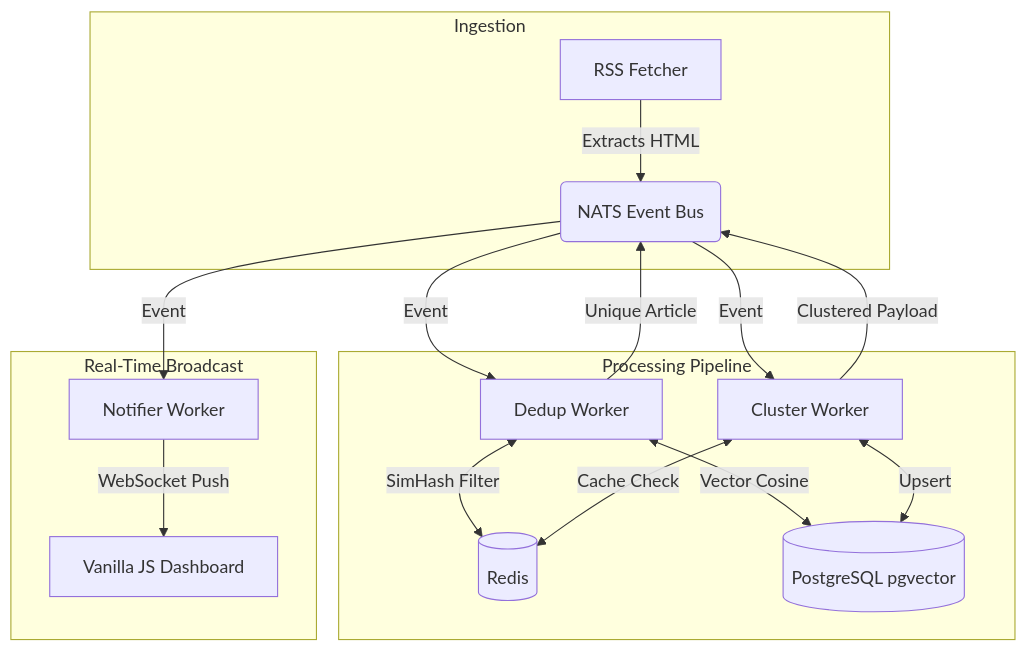
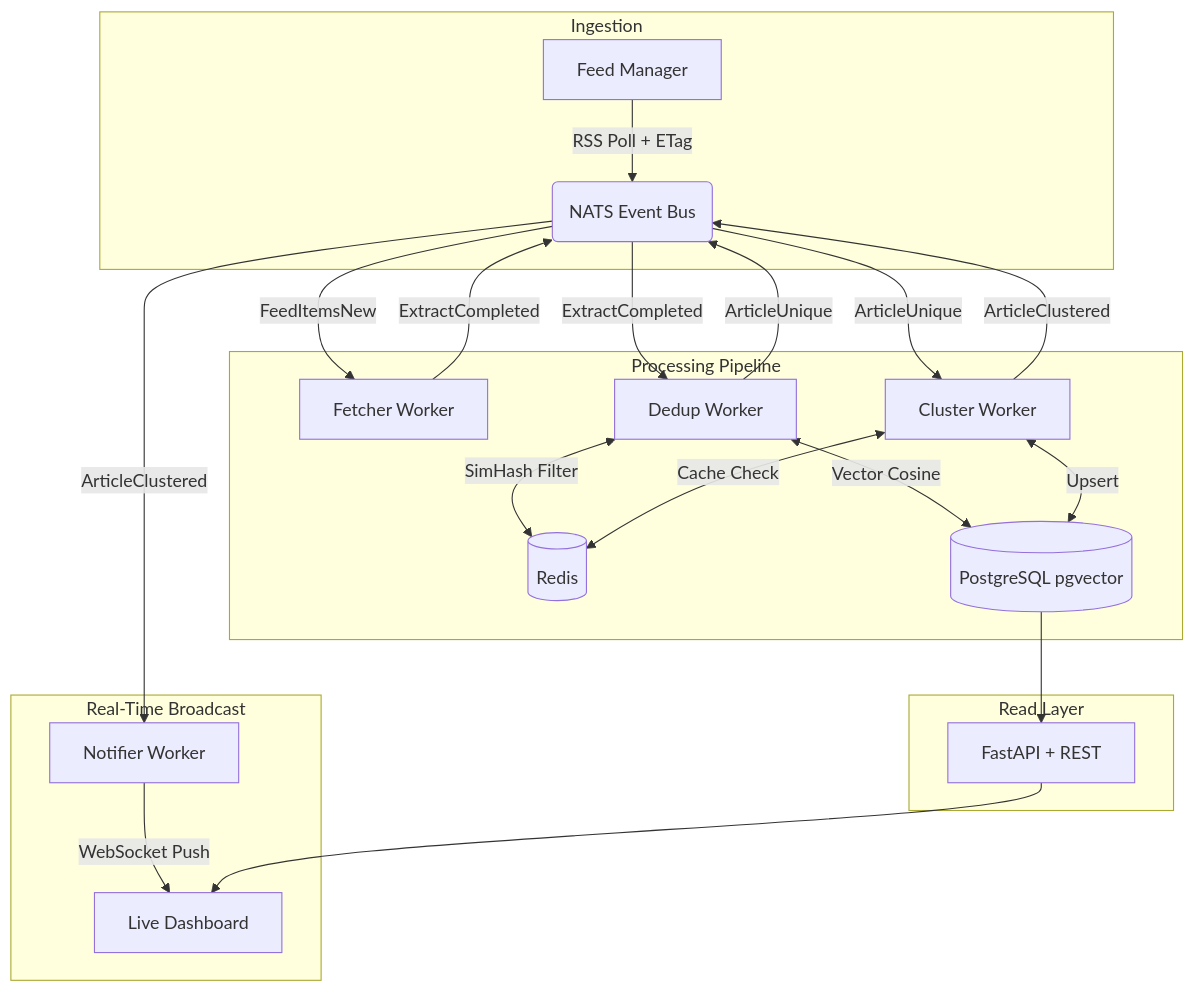
One commit to vvkb24/VyomaCast changed the diagram in README.md. Above: the diagram before and after it, drawn with Mermaid. The commit also changed other lines of this file and 9 other files, not shown here.

Commit message:
feat: real-time WebSocket fixes, cloud UI redesign, and docs update

````diff
--- a/README.md
+++ b/README.md
@@ -19,23 +26,30 @@
 ```mermaid
 flowchart TD
     subgraph Ingestion
-        A[RSS Fetcher] -->|Extracts HTML| B(NATS Event Bus)
+        A[Feed Manager] -->|RSS Poll + ETag| B(NATS Event Bus)
     end
 
     subgraph Processing Pipeline
-        B -->|Event| C[Dedup Worker]
-        C <-->|SimHash Filter| D[(Redis)]
-        C <-->|Vector Cosine| E[(PostgreSQL pgvector)]
-        C -->|Unique Article| B
-        
-        B -->|Event| F[Cluster Worker]
-        F <-->|Cache Check| D
-        F <-->|Upsert| E
-        F -->|Clustered Payload| B
+        B -->|FeedItemsNew| C[Fetcher Worker]
+        C -->|ExtractCompleted| B
+        B -->|ExtractCompleted| D[Dedup Worker]
+        D <-->|SimHash Filter| E[(Redis)]
+        D <-->|Vector Cosine| F[(PostgreSQL pgvector)]
+        D -->|ArticleUnique| B
+
+        B -->|ArticleUnique| G[Cluster Worker]
+        G <-->|Cache Check| E
+        G <-->|Upsert| F
+        G -->|ArticleClustered| B
     end
 
     subgraph Real-Time Broadcast
-        B -->|Event| G[Notifier Worker]
-        G -->|WebSocket Push| H[Vanilla JS Dashboard]
+        B -->|ArticleClustered| H[Notifier Worker]
+        H -->|WebSocket Push| I[Live Dashboard]
+    end
+
+    subgraph Read Layer
+        F --> J[FastAPI + REST]
+        J --> I
     end
 ```
````
